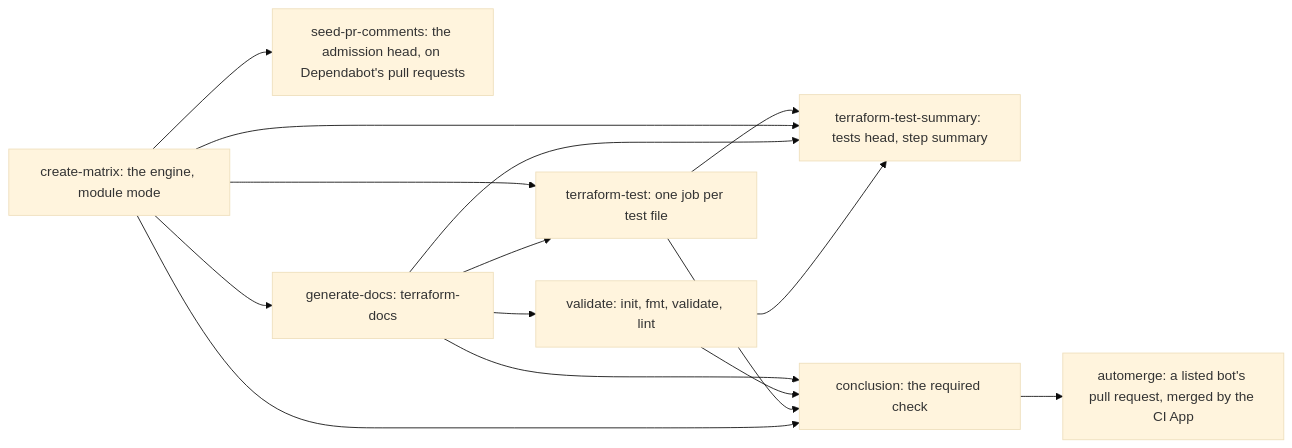
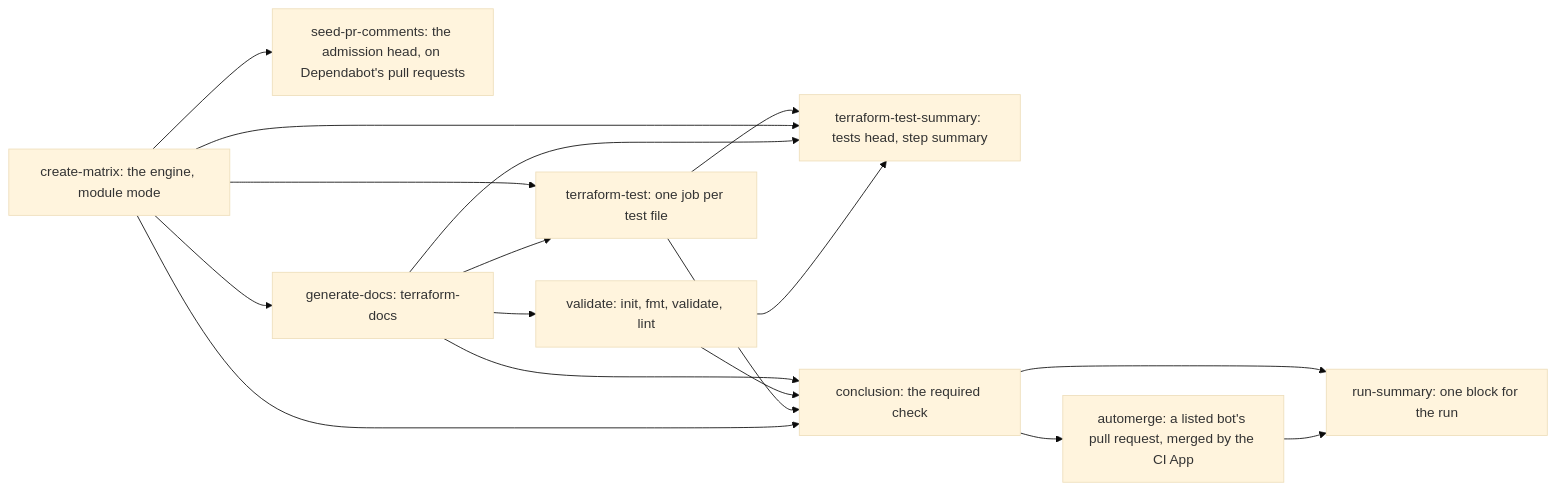
One commit to dsb-norge/github-actions-terraform changed the diagram in docs/Module-ci.md. Above: the diagram before and after it, drawn with Mermaid (base theme). The commit also changed other lines of this file and 7 other files, not shown here.

First line of the commit message:
feat: a run summary for module runs

````diff
--- a/docs/Module-ci.md
+++ b/docs/Module-ci.md
@@ -94,17 +95,19 @@
 ```mermaid
 flowchart LR
     matrix["create-matrix: the engine, module mode"] --> tests["terraform-test: one job per test file"]
     matrix --> seed["seed-pr-comments: the admission head, on Dependabot's pull requests"]
     matrix --> docs
     docs["generate-docs: terraform-docs"] --> validate["validate: init, fmt, validate, lint"]
     docs --> tests
     tests --> summary["terraform-test-summary: tests head, step summary"]
     matrix --> summary
     docs --> summary
     validate --> summary
     docs --> conclusion["conclusion: the required check"]
     validate --> conclusion
     tests --> conclusion
     matrix --> conclusion
     conclusion --> automerge["automerge: a listed bot's pull request, merged by the CI App"]
+    conclusion --> runsummary["run-summary: one block for the run"]
+    automerge --> runsummary
 ```
````
